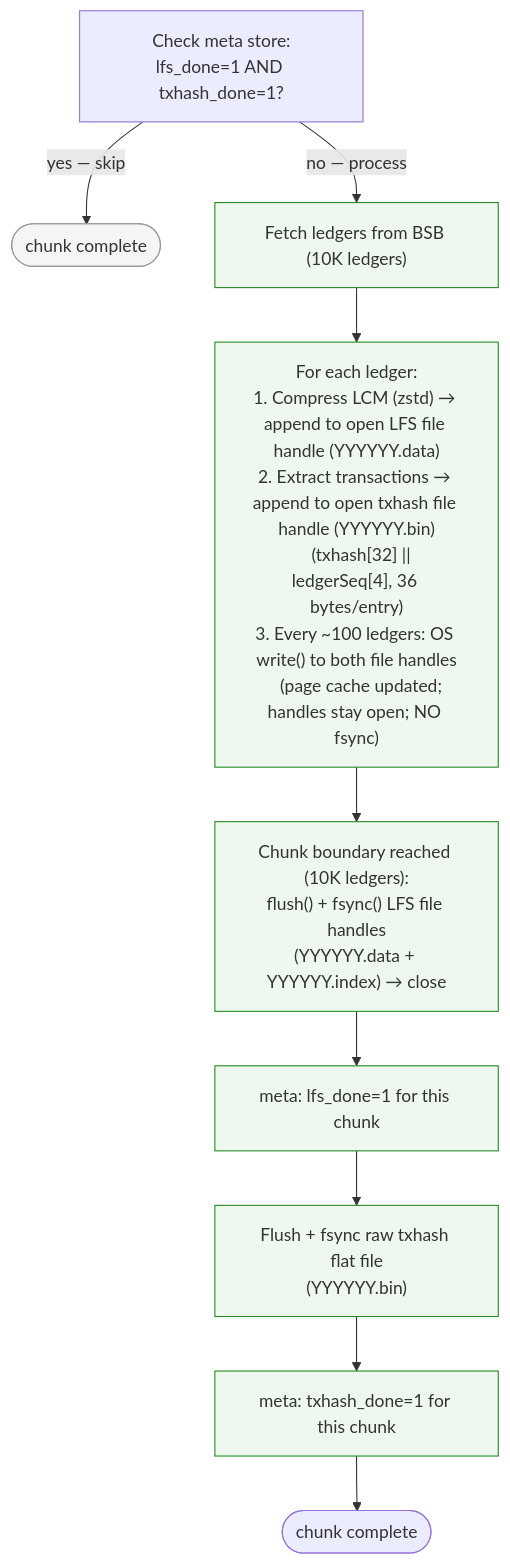
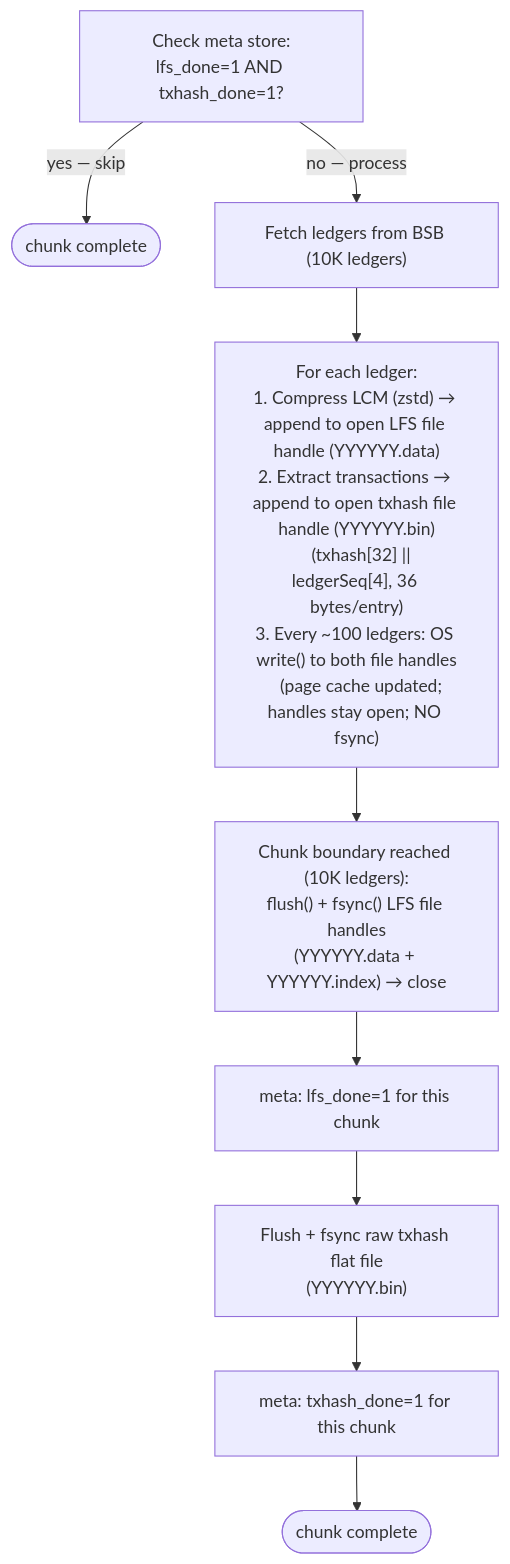
The second of 4 diagrams in design-docs-v2/03-backfill-workflow.md (karthikiyer56/stellar-full-history-ingestion), drawn with Mermaid before and after one commit. The commit also changed other lines of this file and 17 other files, not shown here.

````diff
--- a/design-docs-v2/03-backfill-workflow.md
+++ b/design-docs-v2/03-backfill-workflow.md
@@ -62,15 +58,12 @@
 ```mermaid
 flowchart TD
-    classDef skip fill:#f5f5f5,stroke:#999
-    classDef action fill:#eef8ee,stroke:#228b22
-
     CHECK["Check meta store:<br/>lfs_done=1 AND txhash_done=1?"]
-    CHECK -->|"yes — skip"| DONE(["chunk complete"]):::skip
-    CHECK -->|"no — process"| FETCH["Fetch ledgers from BSB (10K ledgers)"]:::action
-    FETCH --> PROCESS["For each ledger:<br/>1. Compress LCM (zstd) → append to open LFS file handle (YYYYYY.data)<br/>2. Extract transactions → append to open txhash file handle (YYYYYY.bin)<br/>   (txhash[32] || ledgerSeq[4], 36 bytes/entry)<br/>3. Every ~100 ledgers: OS write() to both file handles<br/>   (page cache updated; handles stay open; NO fsync)"]:::action
-    PROCESS --> LFS_FLUSH["Chunk boundary reached (10K ledgers):<br/>flush() + fsync() LFS file handles<br/>(YYYYYY.data + YYYYYY.index) → close"]:::action
-    LFS_FLUSH --> SET_LFS["meta: lfs_done=1 for this chunk"]:::action
-    SET_LFS --> TXHASH_FLUSH["Flush + fsync raw txhash flat file<br/>(YYYYYY.bin)"]:::action
-    TXHASH_FLUSH --> SET_TX["meta: txhash_done=1 for this chunk"]:::action
+    CHECK -->|"yes — skip"| DONE(["chunk complete"])
+    CHECK -->|"no — process"| FETCH["Fetch ledgers from BSB (10K ledgers)"]
+    FETCH --> PROCESS["For each ledger:<br/>1. Compress LCM (zstd) → append to open LFS file handle (YYYYYY.data)<br/>2. Extract transactions → append to open txhash file handle (YYYYYY.bin)<br/>   (txhash[32] || ledgerSeq[4], 36 bytes/entry)<br/>3. Every ~100 ledgers: OS write() to both file handles<br/>   (page cache updated; handles stay open; NO fsync)"]
+    PROCESS --> LFS_FLUSH["Chunk boundary reached (10K ledgers):<br/>flush() + fsync() LFS file handles<br/>(YYYYYY.data + YYYYYY.index) → close"]
+    LFS_FLUSH --> SET_LFS["meta: lfs_done=1 for this chunk"]
+    SET_LFS --> TXHASH_FLUSH["Flush + fsync raw txhash flat file<br/>(YYYYYY.bin)"]
+    TXHASH_FLUSH --> SET_TX["meta: txhash_done=1 for this chunk"]
     SET_TX --> DONE2(["chunk complete"])
 ```
````
